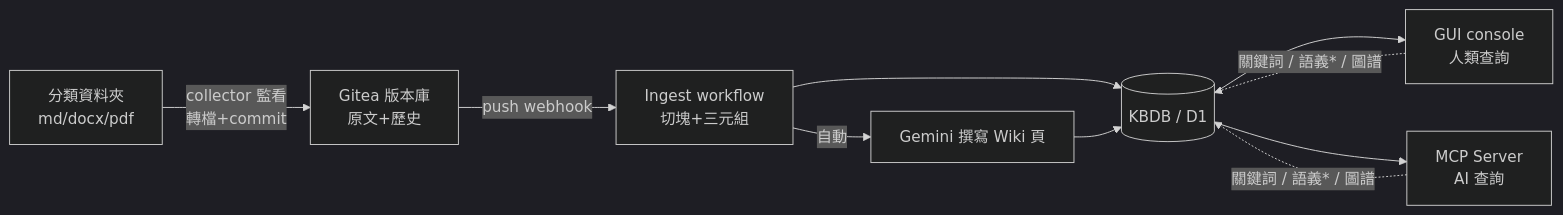
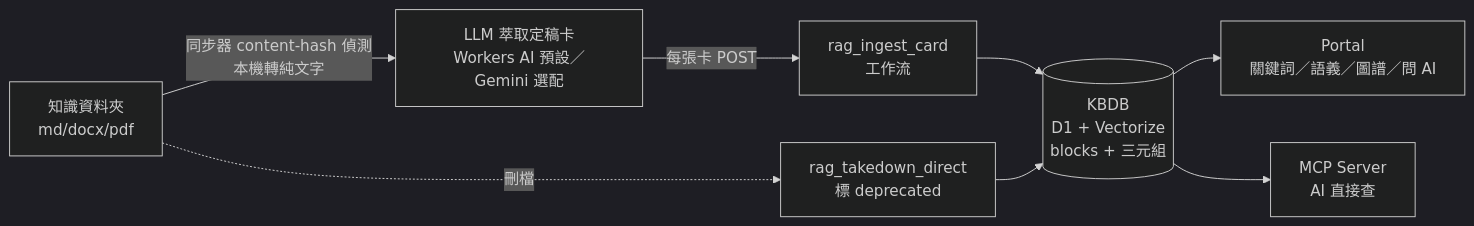
One commit to youlinhsieh/arcrun-rag changed the diagram in install.md. Above: the diagram before and after it, drawn with Mermaid (dark theme). The commit also changed other lines of this file and 1 other file, not shown here.

````diff
--- a/install.md
+++ b/install.md
@@ -23,11 +24,10 @@
 ```mermaid
 flowchart LR
-    A[分類資料夾<br>md/docx/pdf] -->|collector 監看<br>轉檔+commit| B[Gitea 版本庫<br>原文+歷史]
-    B -->|push webhook| C[Ingest workflow<br>切塊+三元組]
-    C --> D[(KBDB / D1)]
-    C -->|自動| E[Gemini 撰寫 Wiki 頁]
-    E --> D
-    D --> F[GUI console<br>人類查詢]
-    D --> G[MCP Server<br>AI 查詢]
-    F & G -.->|關鍵詞 / 語義* / 圖譜| D
+    A[知識資料夾<br>md/docx/pdf] -->|同步器 content-hash 偵測<br>本機轉純文字| B[LLM 萃取定稿卡<br>Workers AI 預設／Gemini 選配]
+    B -->|每張卡 POST| C[rag_ingest_card<br>工作流]
+    C --> D[(KBDB<br>D1 + Vectorize<br>blocks + 三元組)]
+    A -.->|刪檔| T[rag_takedown_direct<br>標 deprecated]
+    T --> D
+    D --> E[Portal<br>關鍵詞／語義／圖譜／問 AI]
+    D --> F[MCP Server<br>AI 直接查]
 ```
````
